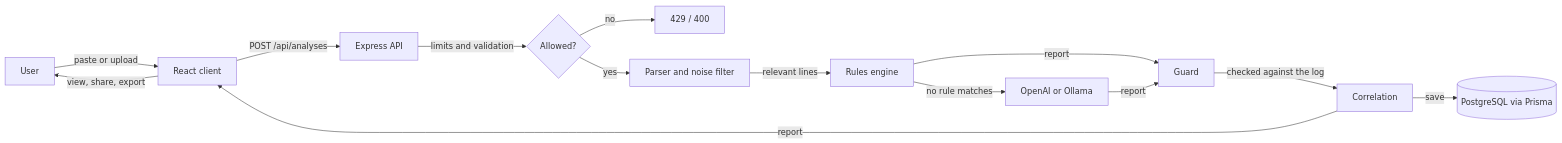
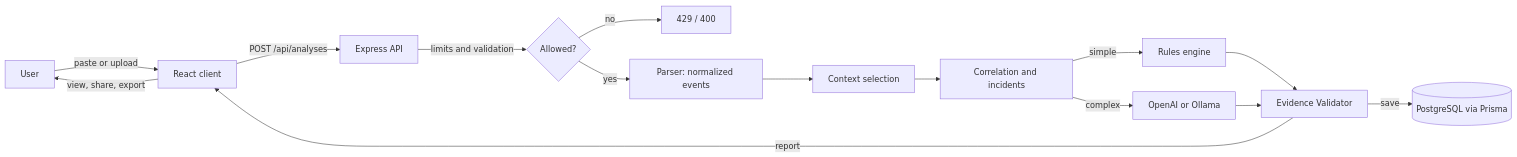
One commit to jacknegri89/LogLens changed the diagram in docs/architecture.md. Above: the diagram before and after it, drawn with Mermaid. The commit also changed other lines of this file and 110 other files, not shown here.

````diff
--- a/docs/architecture.md
+++ b/docs/architecture.md
@@ -9,16 +9,17 @@
 ```mermaid
 flowchart LR
     U[User] -->|paste or upload| C[React client]
     C -->|POST /api/analyses| A[Express API]
     A -->|limits and validation| L{Allowed?}
     L -->|no| E[429 / 400]
-    L -->|yes| P[Parser and noise filter]
-    P -->|relevant lines| R[Rules engine]
-    R -->|no rule matches| M[OpenAI or Ollama]
-    R -->|report| G[Guard]
-    M -->|report| G
-    G -->|checked against the log| K[Correlation]
-    K -->|save| D[(PostgreSQL via Prisma)]
-    K -->|report| C
+    L -->|yes| N[Parser: normalized events]
+    N --> S[Context selection]
+    S --> K[Correlation and incidents]
+    K -->|simple| R[Rules engine]
+    K -->|complex| M[OpenAI or Ollama]
+    R --> V[Evidence Validator]
+    M --> V
+    V -->|save| D[(PostgreSQL via Prisma)]
+    V -->|report| C
     C -->|view, share, export| U
 ```
````
